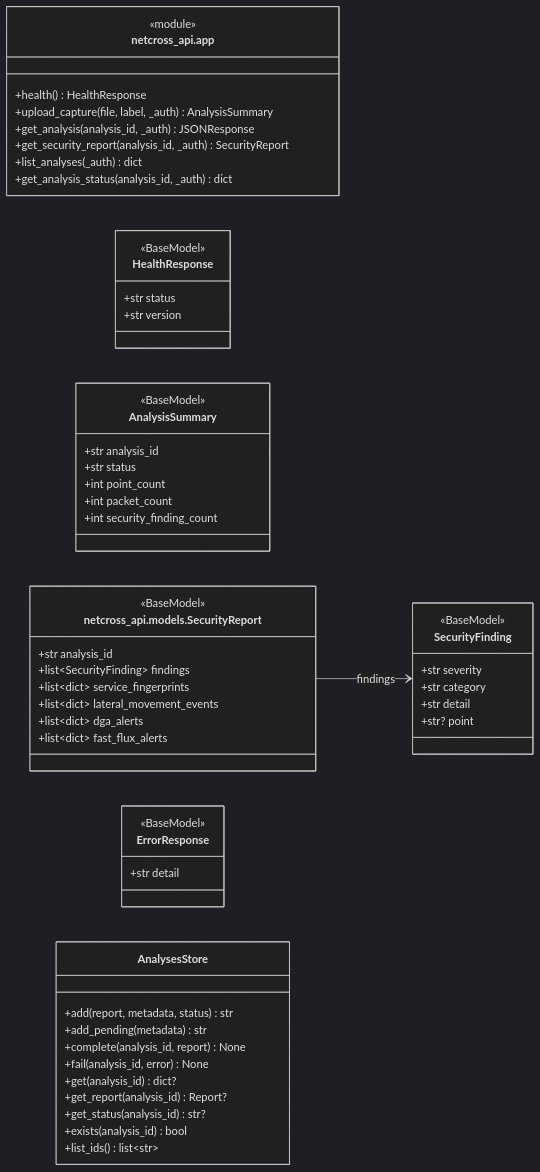
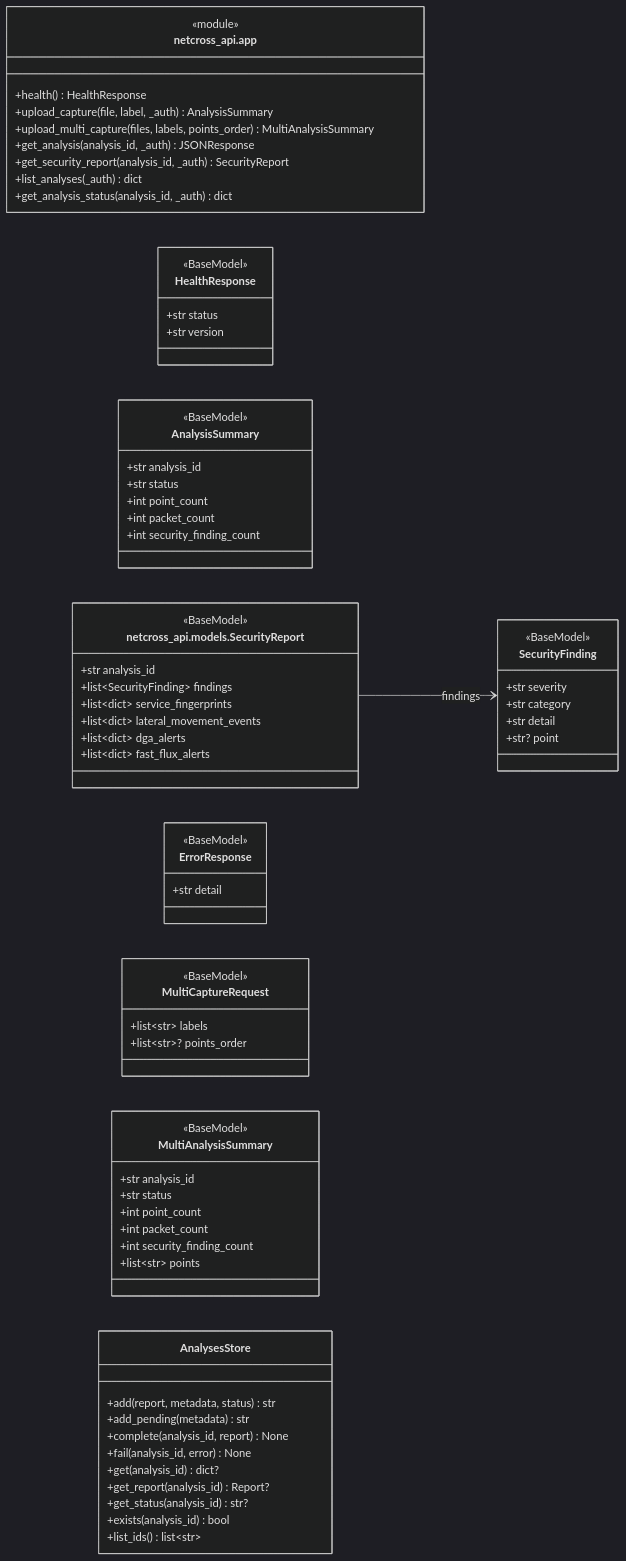
One commit to MathildeDec/Netcross changed diagram 17 of 19 in docs/class-diagram.md. Above: the diagram before and after it, drawn with Mermaid (dark theme). The commit also changed other lines of this file and 3 other files, not shown here.

First line of the commit message:
feat(#354): endpoint POST /captures/multi pour l'analyse multi-points (#383)

````diff
--- a/docs/class-diagram.md
+++ b/docs/class-diagram.md
@@ -3588,66 +3588,81 @@
 ```mermaid
 classDiagram
     direction LR
 
     %% ===== netcross_api.app =====
     class mod_netcross_api_app["netcross_api.app"] {
         <<module>>
         +health() HealthResponse
         +upload_capture(file, label, _auth) AnalysisSummary
+        +upload_multi_capture(files, labels, points_order) MultiAnalysisSummary
         +get_analysis(analysis_id, _auth) JSONResponse
         +get_security_report(analysis_id, _auth) SecurityReport
         +list_analyses(_auth) dict
         +get_analysis_status(analysis_id, _auth) dict
     }
 
     %% ===== netcross_api.models =====
     class HealthResponse {
         <<BaseModel>>
         +str status
         +str version
     }
     class AnalysisSummary {
         <<BaseModel>>
         +str analysis_id
         +str status
         +int point_count
         +int packet_count
         +int security_finding_count
     }
     class SecurityFinding {
         <<BaseModel>>
         +str severity
         +str category
         +str detail
         +str? point
     }
     class netcross_api_models_SecurityReport["netcross_api.models.SecurityReport"] {
         <<BaseModel>>
         +str analysis_id
         +list~SecurityFinding~ findings
         +list~dict~ service_fingerprints
         +list~dict~ lateral_movement_events
         +list~dict~ dga_alerts
         +list~dict~ fast_flux_alerts
     }
     class ErrorResponse {
         <<BaseModel>>
         +str detail
     }
+    class MultiCaptureRequest {
+        <<BaseModel>>
+        +list~str~ labels
+        +list~str~? points_order
+    }
+    class MultiAnalysisSummary {
+        <<BaseModel>>
+        +str analysis_id
+        +str status
+        +int point_count
+        +int packet_count
+        +int security_finding_count
+        +list~str~ points
+    }
 
     %% ===== netcross_api.store =====
     class AnalysesStore {
         +add(report, metadata, status) str
         +add_pending(metadata) str
         +complete(analysis_id, report) None
         +fail(analysis_id, error) None
         +get(analysis_id) dict?
         +get_report(analysis_id) Report?
         +get_status(analysis_id) str?
         +exists(analysis_id) bool
         +list_ids() list~str~
     }
 
     %% ===== relations =====
     netcross_api_models_SecurityReport --> SecurityFinding : findings
 ```
````
